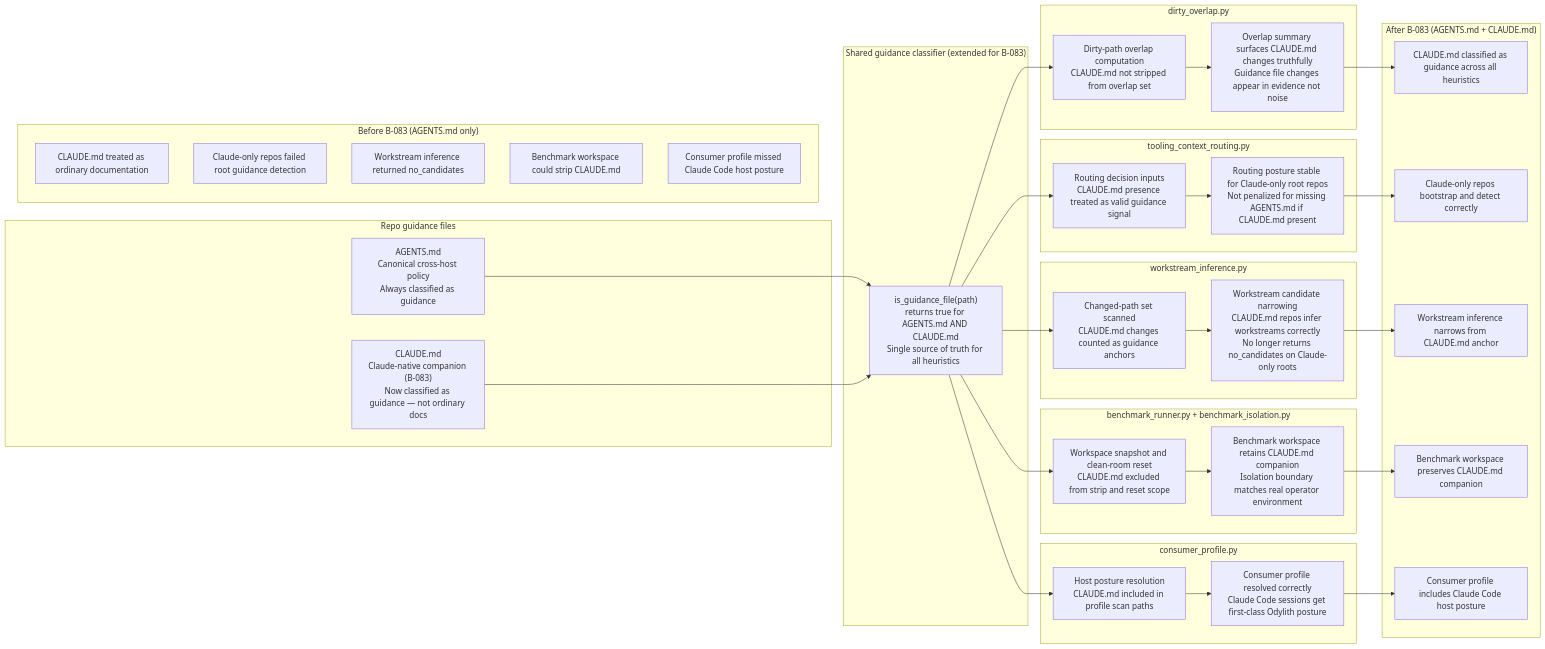
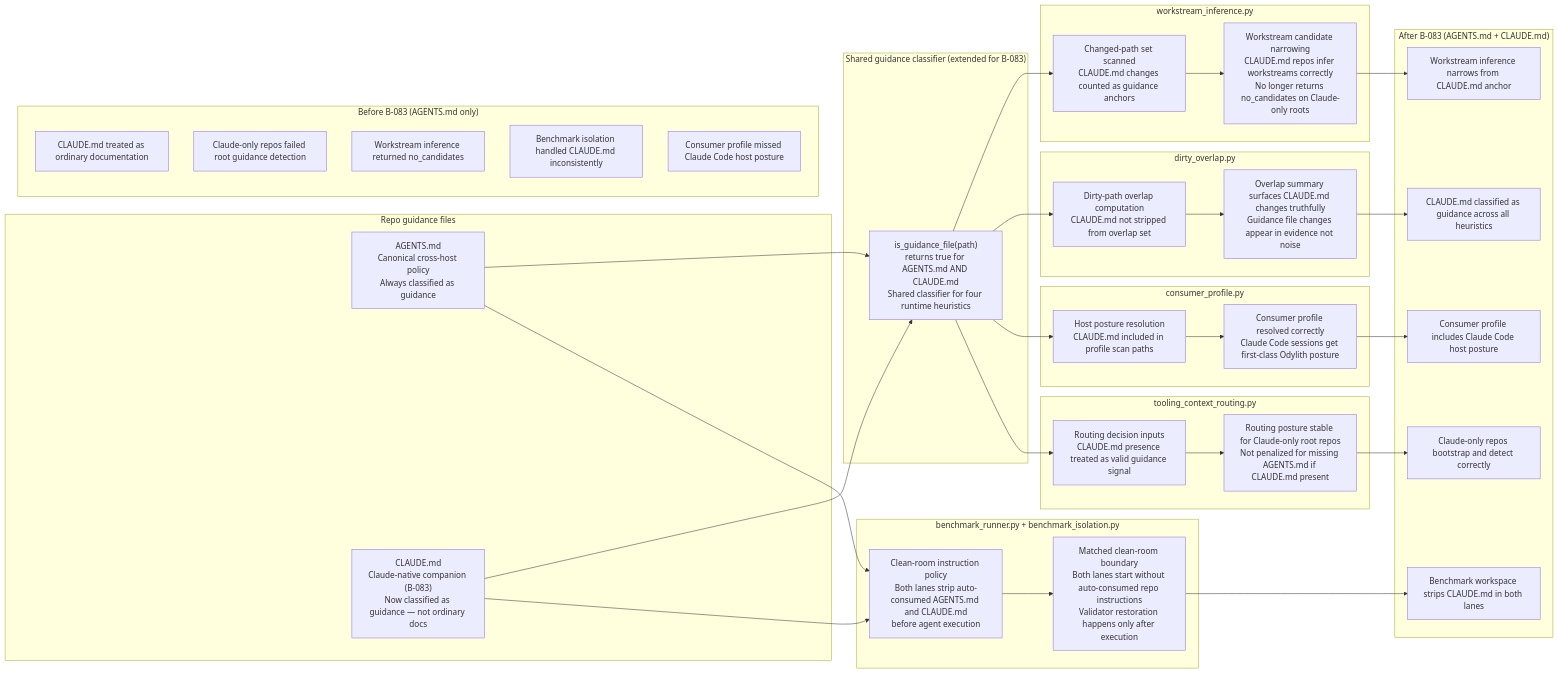
The diagram in odylith/atlas/source/odylith-claude-guidance-runtime-heuristic-integration.mmd (odylith/odylith), drawn with Mermaid before and after one commit. The commit also changed 3038 other files, not shown here.

```diff
--- a/odylith/atlas/source/odylith-claude-guidance-runtime-heuristic-integration.mmd
+++ b/odylith/atlas/source/odylith-claude-guidance-runtime-heuristic-integration.mmd
@@ -1,71 +1,72 @@
-%% Reviewed 2026-04-11 for B-083 to show where shared runtime heuristics now treat CLAUDE.md as first-class guidance alongside AGENTS.md, covering workstream inference, dirty-overlap, benchmark isolation, consumer profile, and context routing.
+%% Reviewed 2026-10-13 to show where CLAUDE.md is guidance: four runtime heuristics recognize it alongside AGENTS.md, while benchmark isolation applies a separate clean-room instruction policy to both matched lanes.
 flowchart LR
     subgraph GuidanceFiles["Repo guidance files"]
         AGENTS["AGENTS.md<br/>Canonical cross-host policy<br/>Always classified as guidance"]
         CLAUDE["CLAUDE.md<br/>Claude-native companion (B-083)<br/>Now classified as guidance — not ordinary docs"]
     end
 
     subgraph Classifier["Shared guidance classifier (extended for B-083)"]
-        IsGuidance["is_guidance_file(path)<br/>returns true for AGENTS.md AND CLAUDE.md<br/>Single source of truth for all heuristics"]
+        IsGuidance["is_guidance_file(path)<br/>returns true for AGENTS.md AND CLAUDE.md<br/>Shared classifier for four runtime heuristics"]
     end
 
     AGENTS --> IsGuidance
     CLAUDE --> IsGuidance
+    AGENTS --> BM_In
+    CLAUDE --> BM_In
 
     subgraph WorkstreamInference["workstream_inference.py"]
         WS_In["Changed-path set scanned<br/>CLAUDE.md changes counted as guidance anchors"]
         WS_Out["Workstream candidate narrowing<br/>CLAUDE.md repos infer workstreams correctly<br/>No longer returns no_candidates on Claude-only roots"]
         WS_In --> WS_Out
     end
 
     subgraph DirtyOverlap["dirty_overlap.py"]
         DO_In["Dirty-path overlap computation<br/>CLAUDE.md not stripped from overlap set"]
         DO_Out["Overlap summary surfaces CLAUDE.md changes truthfully<br/>Guidance file changes appear in evidence not noise"]
         DO_In --> DO_Out
     end
 
     subgraph BenchmarkIsolation["benchmark_runner.py + benchmark_isolation.py"]
-        BM_In["Workspace snapshot and clean-room reset<br/>CLAUDE.md excluded from strip and reset scope"]
-        BM_Out["Benchmark workspace retains CLAUDE.md companion<br/>Isolation boundary matches real operator environment"]
+        BM_In["Clean-room instruction policy<br/>Both lanes strip auto-consumed AGENTS.md and CLAUDE.md<br/>before agent execution"]
+        BM_Out["Matched clean-room boundary<br/>Both lanes start without auto-consumed repo instructions<br/>Validator restoration happens only after execution"]
         BM_In --> BM_Out
     end
 
     subgraph ConsumerProfile["consumer_profile.py"]
         CP_In["Host posture resolution<br/>CLAUDE.md included in profile scan paths"]
         CP_Out["Consumer profile resolved correctly<br/>Claude Code sessions get first-class Odylith posture"]
         CP_In --> CP_Out
     end
 
     subgraph ContextRouting["tooling_context_routing.py"]
         RT_In["Routing decision inputs<br/>CLAUDE.md presence treated as valid guidance signal"]
         RT_Out["Routing posture stable for Claude-only root repos<br/>Not penalized for missing AGENTS.md if CLAUDE.md present"]
         RT_In --> RT_Out
     end
 
     IsGuidance --> WS_In
     IsGuidance --> DO_In
-    IsGuidance --> BM_In
     IsGuidance --> CP_In
     IsGuidance --> RT_In
 
     subgraph Before["Before B-083 (AGENTS.md only)"]
         B1["CLAUDE.md treated as ordinary documentation"]
         B2["Claude-only repos failed root guidance detection"]
         B3["Workstream inference returned no_candidates"]
-        B4["Benchmark workspace could strip CLAUDE.md"]
+        B4["Benchmark isolation handled CLAUDE.md inconsistently"]
         B5["Consumer profile missed Claude Code host posture"]
     end
 
     subgraph After["After B-083 (AGENTS.md + CLAUDE.md)"]
         A1["CLAUDE.md classified as guidance across all heuristics"]
         A2["Claude-only repos bootstrap and detect correctly"]
         A3["Workstream inference narrows from CLAUDE.md anchor"]
-        A4["Benchmark workspace preserves CLAUDE.md companion"]
+        A4["Benchmark workspace strips CLAUDE.md in both lanes"]
         A5["Consumer profile includes Claude Code host posture"]
     end
 
     WS_Out --> A3
     DO_Out --> A1
     BM_Out --> A4
     CP_Out --> A5
     RT_Out --> A2
```
